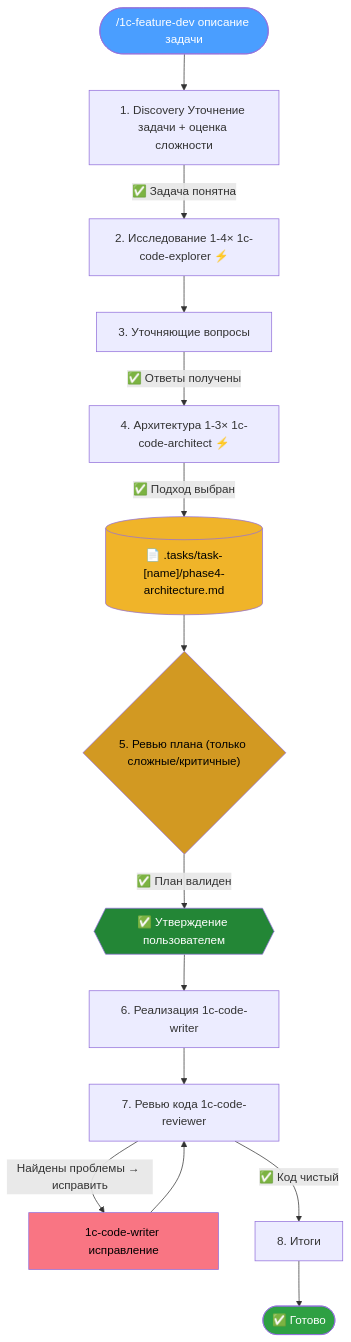
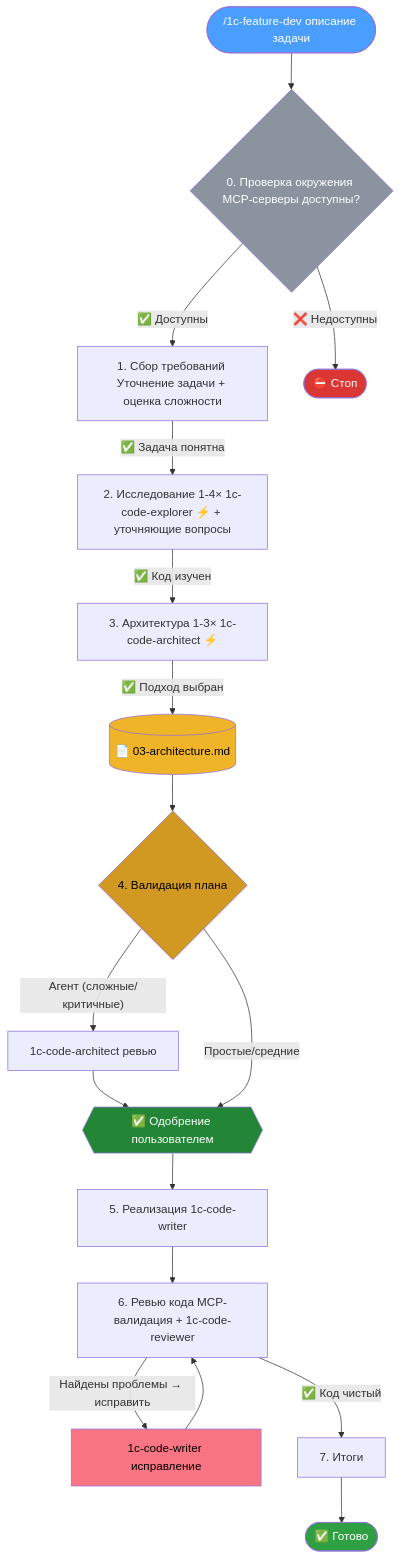
One commit to Diversus23/1c-feature-dev changed the diagram in README.md. Above: the diagram before and after it, drawn with Mermaid. The commit also changed other lines of this file and 6 other files, not shown here.

````diff
--- a/README.md
+++ b/README.md
@@ -11,41 +11,46 @@
 ```mermaid
 flowchart TD
-    START(["/1c-feature-dev описание задачи"]) --> P1
+    START(["/1c-feature-dev описание задачи"]) --> P0
 
-    P1["1. Discovery Уточнение задачи + оценка сложности"]
+    P0{"0. Проверка окружения MCP-серверы доступны?"}
+    P0 -->|"✅ Доступны"| P1
+    P0 -->|"❌ Недоступны"| STOP(["⛔ Стоп"])
+
+    P1["1. Сбор требований Уточнение задачи + оценка сложности"]
     P1 -->|"✅ Задача понятна"| P2
 
-    P2["2. Исследование 1-4× 1c-code-explorer ⚡"]
-    P2 --> P3
+    P2["2. Исследование 1-4× 1c-code-explorer ⚡ + уточняющие вопросы"]
+    P2 -->|"✅ Код изучен"| P3
 
-    P3["3. Уточняющие вопросы"]
-    P3 -->|"✅ Ответы получены"| P4
+    P3["3. Архитектура 1-3× 1c-code-architect ⚡"]
+    P3 -->|"✅ Подход выбран"| PLAN
+    PLAN[("📄 03-architecture.md")]
+    PLAN --> P4
 
-    P4["4. Архитектура 1-3× 1c-code-architect ⚡"]
-    P4 -->|"✅ Подход выбран"| PLAN
-    PLAN[("📄 .tasks/task-[name]/phase4-architecture.md")]
-    PLAN --> P5
+    P4{"4. Валидация плана"}
+    P4 -->|"Агент (сложные/критичные)"| REVIEW["1c-code-architect ревью"]
+    REVIEW --> APPROVE
+    P4 -->|"Простые/средние"| APPROVE
+    APPROVE{{"✅ Одобрение пользователем"}}
+    APPROVE --> P5
 
-    P5{"5. Ревью плана (только сложные/критичные)"}
-    P5 -->|"✅ План валиден"| APPROVE
-    APPROVE{{"✅ Утверждение пользователем"}}
-    APPROVE --> P6
+    P5["5. Реализация 1c-code-writer"]
+    P5 --> P6
 
-    P6["6. Реализация 1c-code-writer"]
-    P6 --> P7
+    P6["6. Ревью кода MCP-валидация + 1c-code-reviewer"]
+    P6 -->|"Найдены проблемы → исправить"| FIX
+    FIX["1c-code-writer исправление"] --> P6
+    P6 -->|"✅ Код чистый"| P7
 
-    P7["7. Ревью кода 1c-code-reviewer"]
-    P7 -->|"Найдены проблемы → исправить"| FIX
-    FIX["1c-code-writer исправление"] --> P7
-    P7 -->|"✅ Код чистый"| P8
-
-    P8["8. Итоги"]
-    P8 --> DONE(["✅ Готово"])
+    P7["7. Итоги"]
+    P7 --> DONE(["✅ Готово"])
 
     style START fill:#4a9eff,color:#fff
     style DONE fill:#2ea043,color:#fff
+    style STOP fill:#da3633,color:#fff
     style PLAN fill:#f0b429,color:#000
     style FIX fill:#f97583,color:#000
-    style P5 fill:#d29922,color:#000
+    style P0 fill:#8b949e,color:#fff
+    style P4 fill:#d29922,color:#000
     style APPROVE fill:#238636,color:#fff
 ```
````
